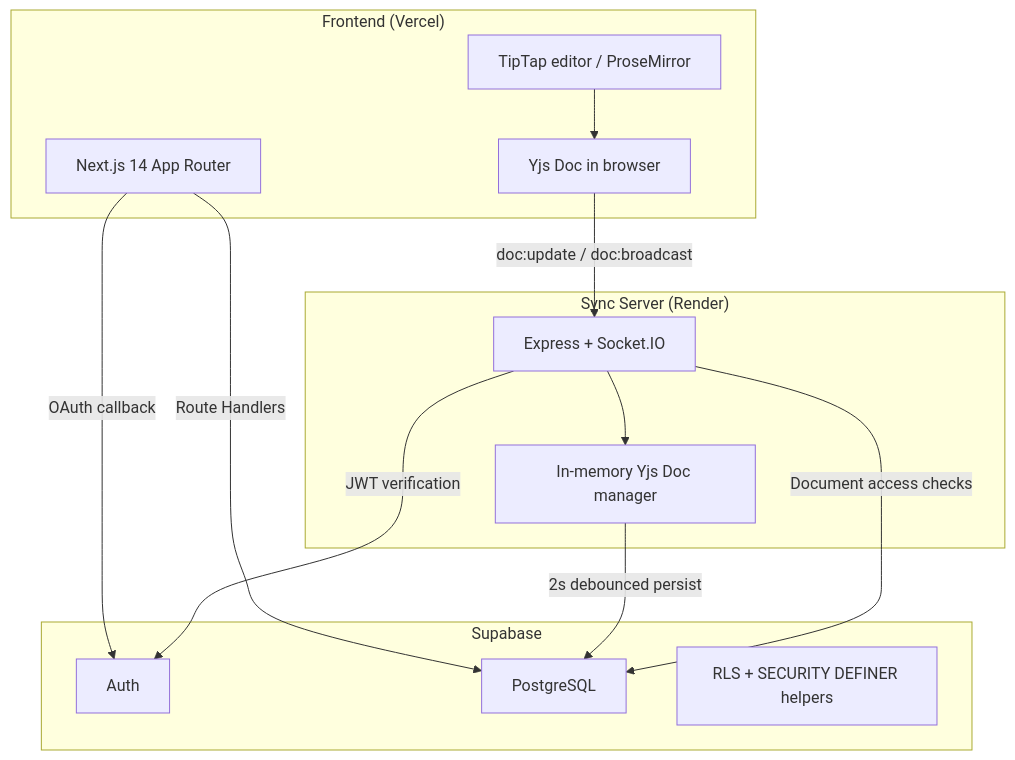
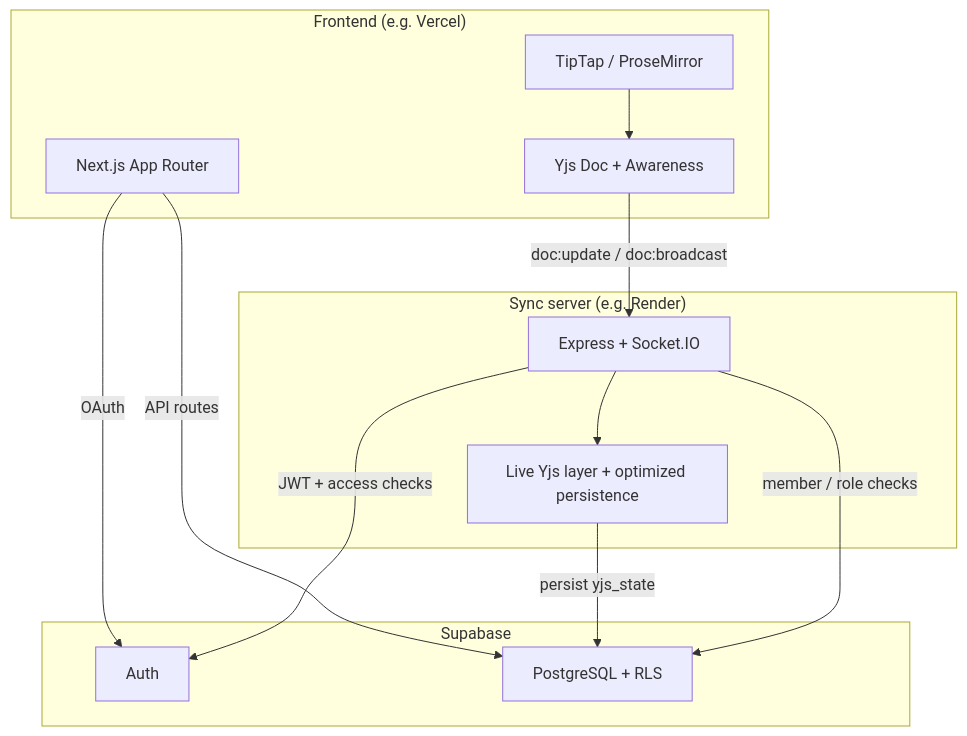
Before and after one commit to Sudhan1112/Lumina-Write-editor: the first of 3 diagrams in README.md, drawn with Mermaid. The commit also changed other lines of this file, not shown here.

Commit message:
Update README.md to enhance project description and clarify architecture and features of Lumina Write. Added sections on real-time collaboration, user capabilities, and detailed flow of document synchronization. Improved formatting and structure for better readability.

````diff
--- a/README.md
+++ b/README.md
@@ -43,25 +91,24 @@
 ```mermaid
 graph TB
-    subgraph Frontend_Vercel["Frontend (Vercel)"]
-        A[Next.js 14 App Router]
-        B[TipTap editor / ProseMirror]
-        C[Yjs Doc in browser]
+    subgraph Frontend["Frontend (e.g. Vercel)"]
+        A[Next.js App Router]
+        B[TipTap / ProseMirror]
+        C[Yjs Doc + Awareness]
     end
-    subgraph Sync_Server_Render["Sync Server (Render)"]
+    subgraph Sync["Sync server (e.g. Render)"]
         D[Express + Socket.IO]
-        E[In-memory Yjs Doc manager]
+        E[Live Yjs layer + optimized persistence]
     end
-    subgraph Supabase
+    subgraph Supabase["Supabase"]
         F[Auth]
-        G[PostgreSQL]
-        H[RLS + SECURITY DEFINER helpers]
+        G[PostgreSQL + RLS]
     end
-    A -->|Route Handlers| G
-    A -->|OAuth callback| F
+    A -->|API routes| G
+    A -->|OAuth| F
     B --> C
     C -->|doc:update / doc:broadcast| D
     D --> E
-    E -->|2s debounced persist| G
-    D -->|JWT verification| F
-    D -->|Document access checks| G
+    E -->|persist yjs_state| G
+    D -->|JWT + access checks| F
+    D -->|member / role checks| G
 ```
````
